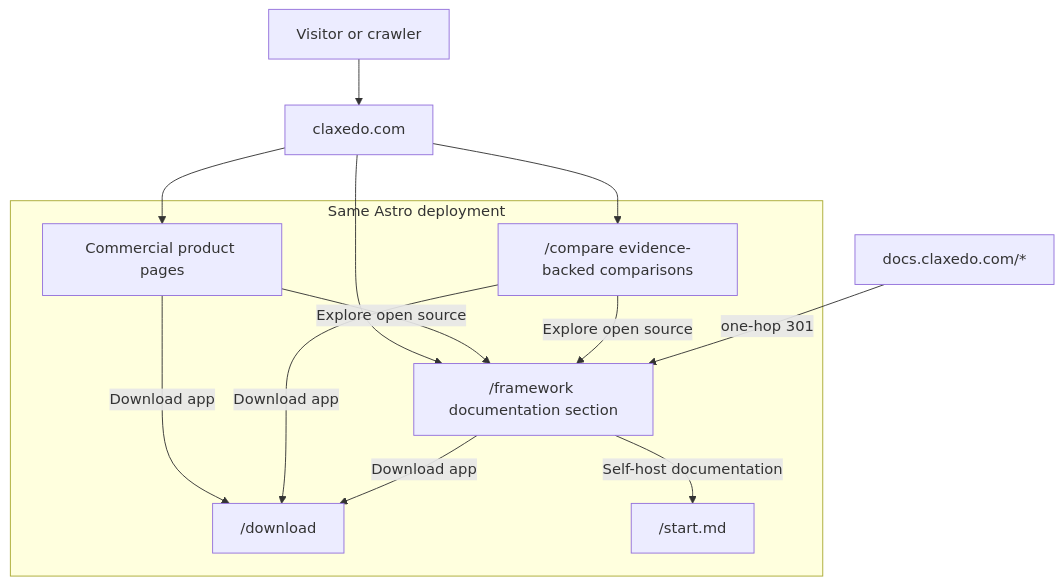
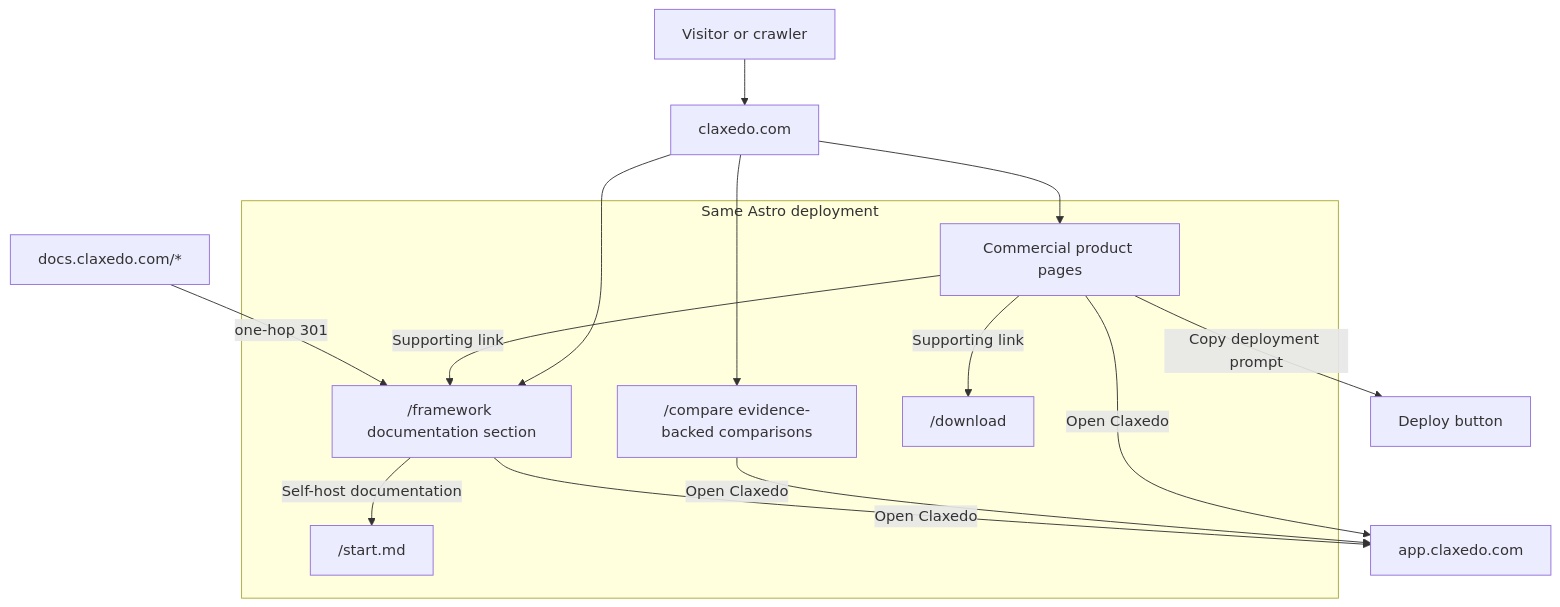
One commit to kyashrathore/Claxedo changed the diagram in docs/plans/2026-07-20-001-feat-claxedo-website-strategy-plan.md. Above: the diagram before and after it, drawn with Mermaid. The commit also changed other lines of this file and 41 other files, not shown here.

Commit message:
feat(web): expand architecture and comparison experience

````diff
--- a/docs/plans/2026-07-20-001-feat-claxedo-website-strategy-plan.md
+++ b/docs/plans/2026-07-20-001-feat-claxedo-website-strategy-plan.md
@@ -610,22 +609,23 @@
 ```mermaid
 flowchart TD
     Visitor["Visitor or crawler"] --> Root["claxedo.com"]
     Root --> Product["Commercial product pages"]
     Root --> Framework["/framework documentation section"]
     Root --> Compare["/compare evidence-backed comparisons"]
-    Product -->|"Download app"| Download["/download"]
-    Product -->|"Explore open source"| Framework
-    Compare -->|"Download app"| Download
-    Compare -->|"Explore open source"| Framework
-    Framework -->|"Download app"| Download
+    Product -->|"Open Claxedo"| App["app.claxedo.com"]
+    Product -->|"Copy deployment prompt"| Deploy["Deploy button"]
+    Product -->|"Supporting link"| Download["/download"]
+    Product -->|"Supporting link"| Framework
+    Compare -->|"Open Claxedo"| App
+    Framework -->|"Open Claxedo"| App
     Framework -->|"Self-host documentation"| StartMD["/start.md"]
     OldDocs["docs.claxedo.com/*"] -->|"one-hop 301"| Framework
 
     subgraph Same Astro deployment
       Product
       Framework
       Compare
       Download
       StartMD
     end
 ```
````
